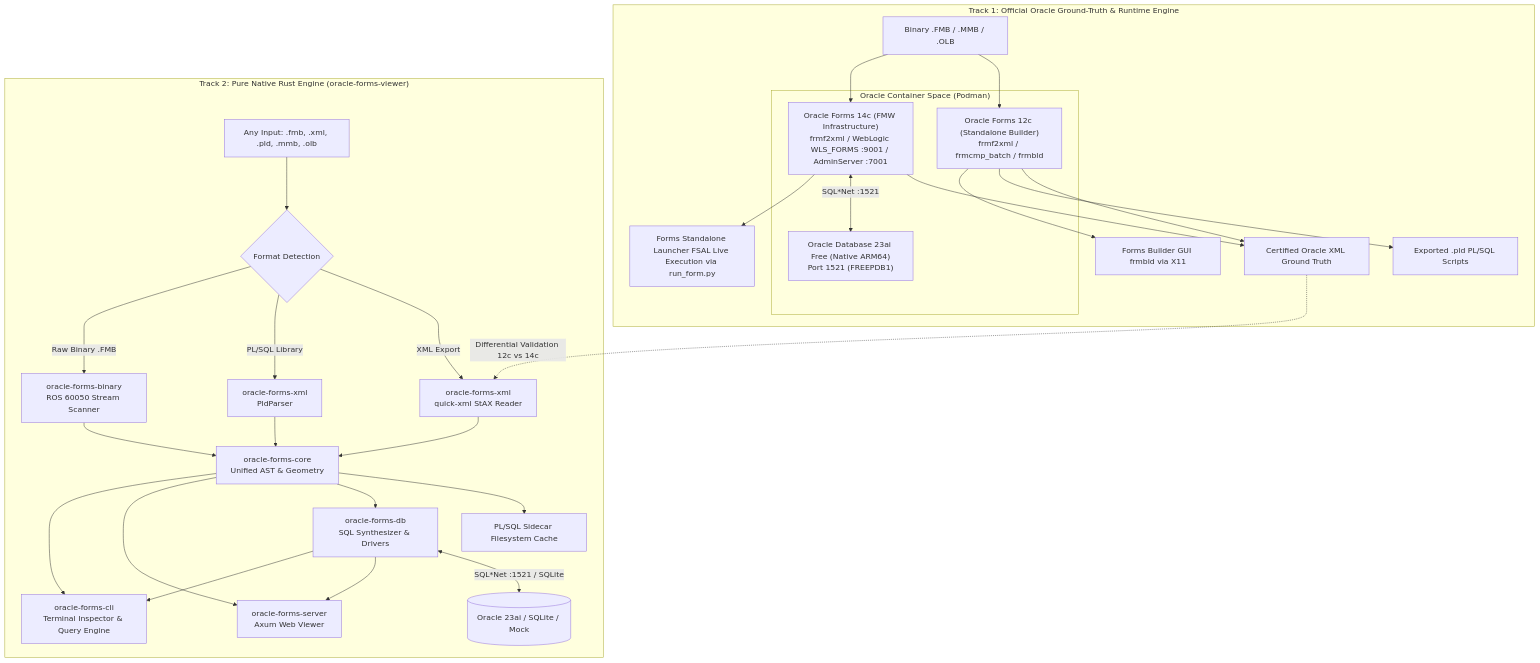
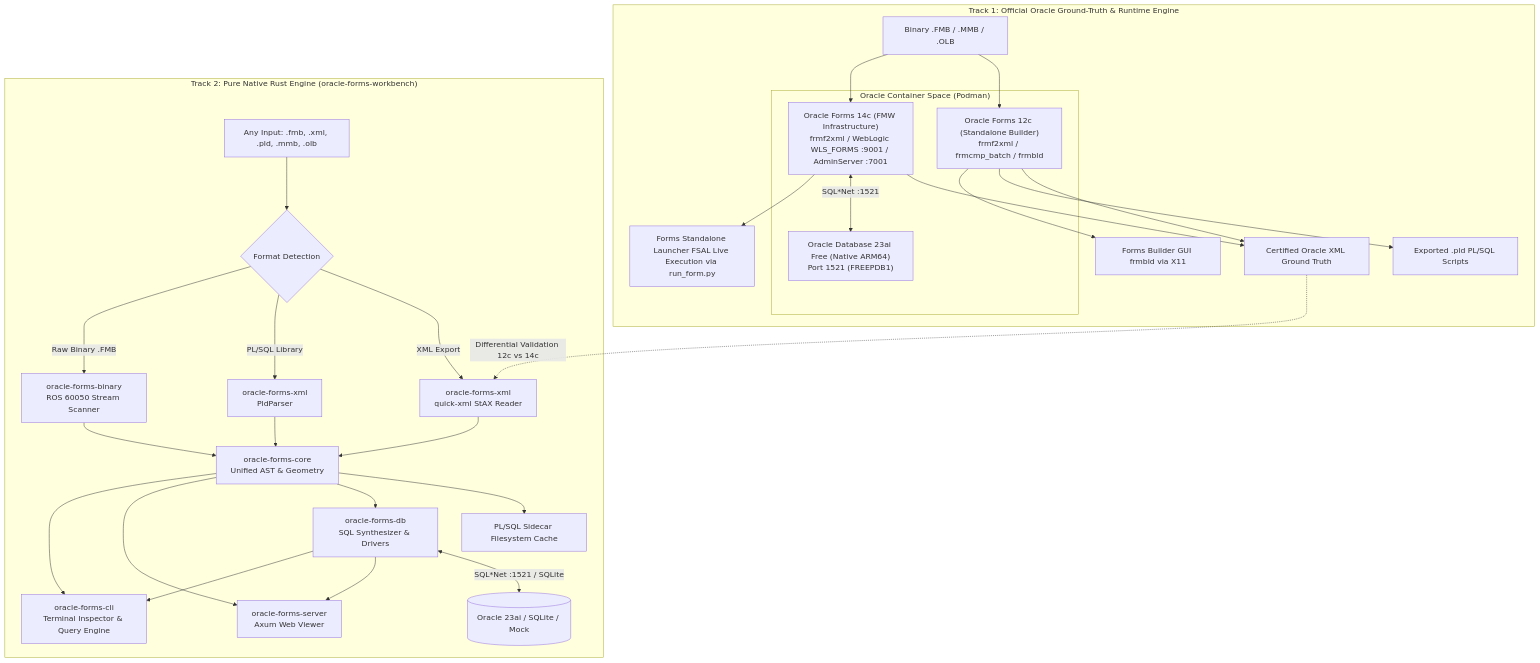
One commit to richfrem/oracle-forms-viewer changed the first of 2 diagrams in architecture.md. Above: the diagram before and after it, drawn with Mermaid. The commit also changed other lines of this file and 103 other files, not shown here.

````diff
--- a/architecture.md
+++ b/architecture.md
@@ -11,37 +11,37 @@
 ```mermaid
 flowchart TD
     subgraph Track1["Track 1: Official Oracle Ground-Truth & Runtime Engine"]
         subgraph FMW_ENV["Oracle Container Space (Podman)"]
             F12["Oracle Forms 12c (Standalone Builder)<br/>frmf2xml / frmcmp_batch / frmbld"]
             F14["Oracle Forms 14c (FMW Infrastructure)<br/>frmf2xml / WebLogic WLS_FORMS :9001 / AdminServer :7001"]
             DB23["Oracle Database 23ai Free (Native ARM64)<br/>Port 1521 (FREEPDB1)"]
         end
         FMB1[Binary .FMB / .MMB / .OLB] --> F12
         FMB1 --> F14
         F12 --> CERT_XML[Certified Oracle XML Ground Truth]
         F12 --> CERT_PLD[Exported .pld PL/SQL Scripts]
         F12 --> GUI[Forms Builder GUI frmbld via X11]
         F14 --> CERT_XML
         F14 <-->|SQL*Net :1521| DB23
         F14 --> FSAL[Forms Standalone Launcher FSAL Live Execution via run_form.py]
     end
 
-    subgraph Track2["Track 2: Pure Native Rust Engine (oracle-forms-viewer)"]
+    subgraph Track2["Track 2: Pure Native Rust Engine (oracle-forms-workbench)"]
         INPUT[Any Input: .fmb, .xml, .pld, .mmb, .olb] --> DISPATCH{Format Detection}
         DISPATCH -->|XML Export| QXML[oracle-forms-xml<br/>quick-xml StAX Reader]
         DISPATCH -->|PL/SQL Library| PLD[oracle-forms-xml<br/>PldParser]
         DISPATCH -->|Raw Binary .FMB| ROS[oracle-forms-binary<br/>ROS 60050 Stream Scanner]
         QXML --> CORE[oracle-forms-core<br/>Unified AST & Geometry]
         PLD --> CORE
         ROS --> CORE
         CORE --> SIDECARS[PL/SQL Sidecar Filesystem Cache]
         CORE --> DB[oracle-forms-db<br/>SQL Synthesizer & Drivers]
         DB <-->|SQL*Net :1521 / SQLite| TARGET_DB[(Oracle 23ai / SQLite / Mock)]
         DB --> HTTP[oracle-forms-server<br/>Axum Web Viewer]
         DB --> CLI[oracle-forms-cli<br/>Terminal Inspector & Query Engine]
         CORE --> HTTP
         CORE --> CLI
     end
 
     CERT_XML -.->|Differential Validation 12c vs 14c| QXML
 ```
````
